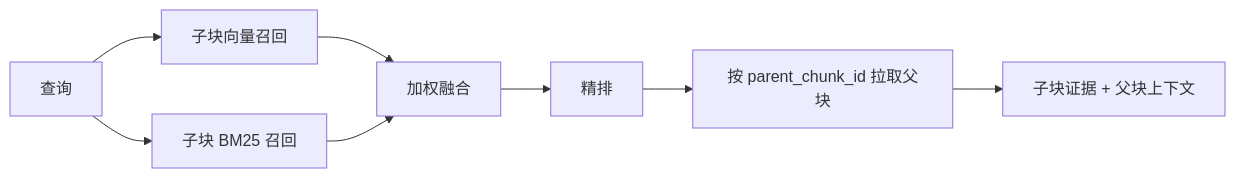
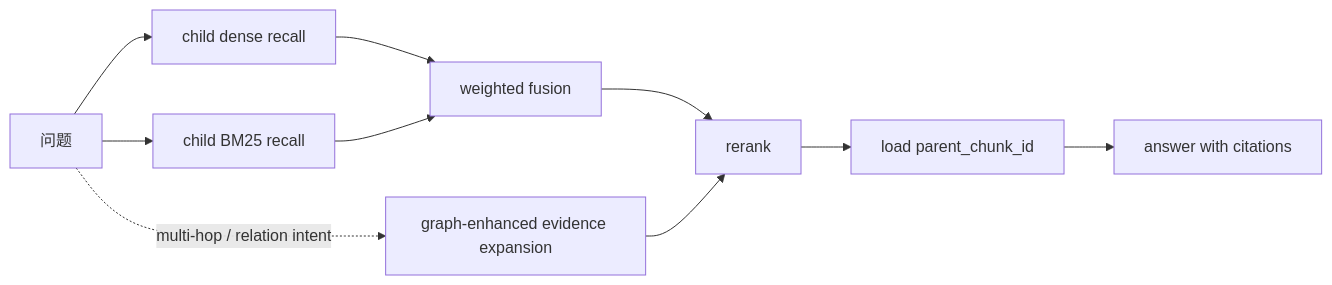
Before and after one commit to Sggggt/DialoGraph: the fourth of 5 diagrams in README.md, drawn with Mermaid. The commit also changed other lines of this file and 38 other files, not shown here.

Commit message:
v4.0: 图谱生成重要升级，主要引入了RNN+KNN新型构图算法和社区分析

````diff
--- a/README.md
+++ b/README.md
@@ -131,10 +226,12 @@
 ```mermaid
 flowchart LR
-    Q["查询"] --> DENSE["子块向量召回"]
-    Q --> BM25["子块 BM25 召回"]
-    DENSE --> FUSION["加权融合"]
+    Q["问题"] --> DENSE["child dense recall"]
+    Q --> BM25["child BM25 recall"]
+    DENSE --> FUSION["weighted fusion"]
     BM25 --> FUSION
-    FUSION --> RERANK["精排"]
-    RERANK --> PARENT["按 parent_chunk_id 拉取父块"]
-    PARENT --> RESULT["子块证据 + 父块上下文"]
+    FUSION --> RERANK["rerank"]
+    RERANK --> PARENT["load parent_chunk_id"]
+    PARENT --> ANSWER["answer with citations"]
+    Q -. "multi-hop / relation intent" .-> GRAPH["graph-enhanced evidence expansion"]
+    GRAPH --> RERANK
 ```
````
